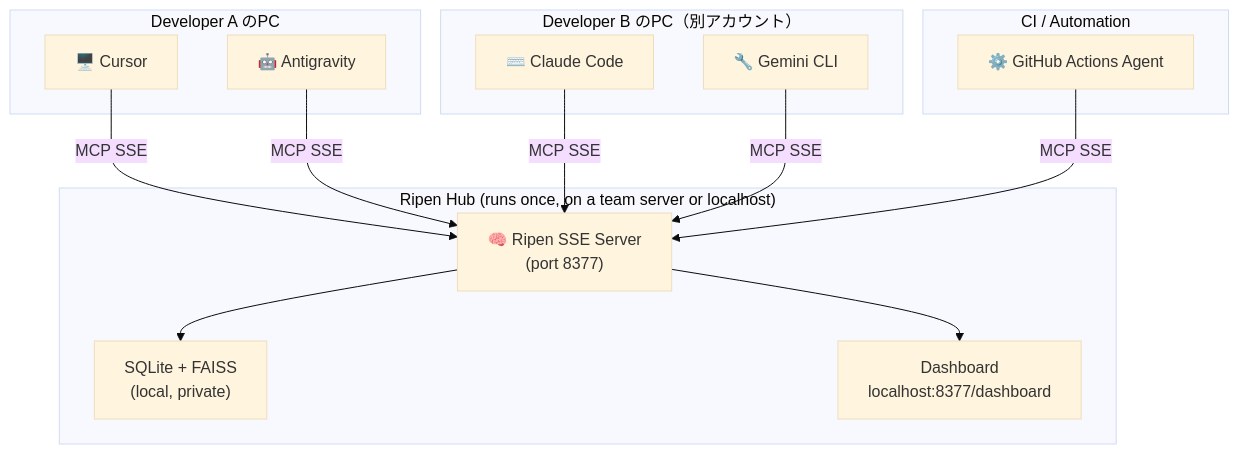
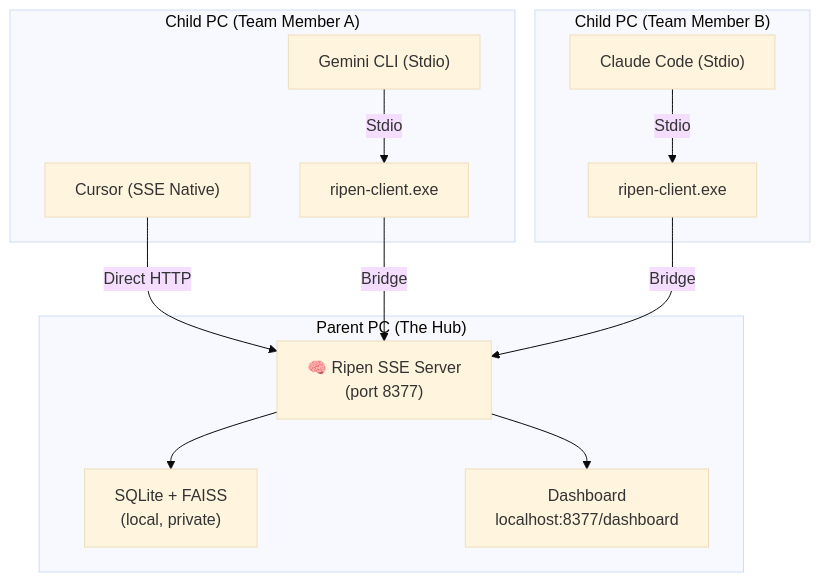
One commit to ayato-labs/SharedMemoryServer changed the diagram in README.md. Above: the diagram before and after it, drawn with Mermaid (base theme). The commit also changed other lines of this file and 13 other files, not shown here.

````diff
--- a/README.md
+++ b/README.md
@@ -96,22 +89,19 @@
 ```mermaid
 graph TD
-    subgraph "Ripen Hub (runs once, on a team server or localhost)"
+    subgraph "Parent PC (The Hub)"
         H["🧠 Ripen SSE Server\n(port 8377)"]
         H --> DB["SQLite + FAISS\n(local, private)"]
         H --> DASH["Dashboard\nlocalhost:8377/dashboard"]
     end
 
-    subgraph "Developer A のPC"
-        A1["🖥️ Cursor"] -->|MCP SSE| H
-        A2["🤖 Antigravity"] -->|MCP SSE| H
+    subgraph "Child PC (Team Member A)"
+        A1["Cursor (SSE Native)"] -- "Direct HTTP" --> H
+        A2["Gemini CLI (Stdio)"] -- "Stdio" --> P1["ripen-client.exe"]
+        P1 -- "Bridge" --> H
     end
 
-    subgraph "Developer B のPC（別アカウント）"
-        B1["⌨️ Claude Code"] -->|MCP SSE| H
-        B2["🔧 Gemini CLI"] -->|MCP SSE| H
-    end
-
-    subgraph "CI / Automation"
-        C1["⚙️ GitHub Actions Agent"] -->|MCP SSE| H
+    subgraph "Child PC (Team Member B)"
+        B1["Claude Code (Stdio)"] -- "Stdio" --> P2["ripen-client.exe"]
+        P2 -- "Bridge" --> H
     end
 ```
````
